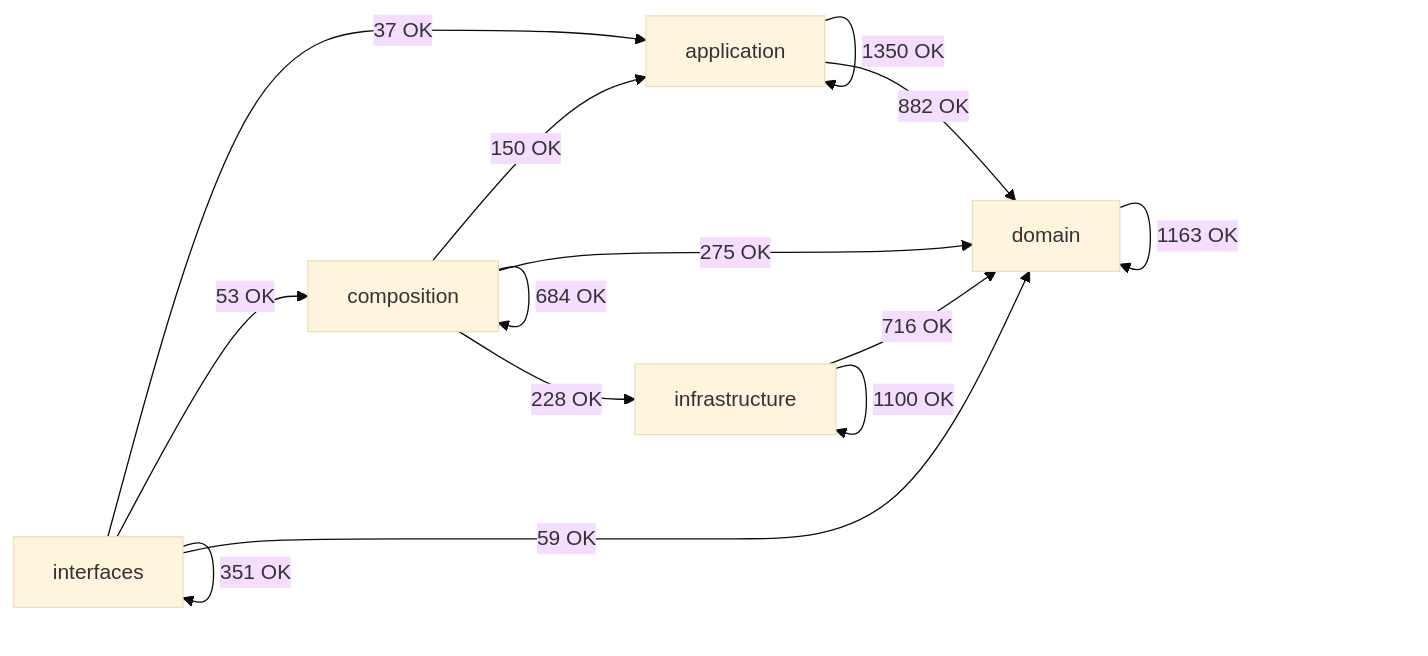
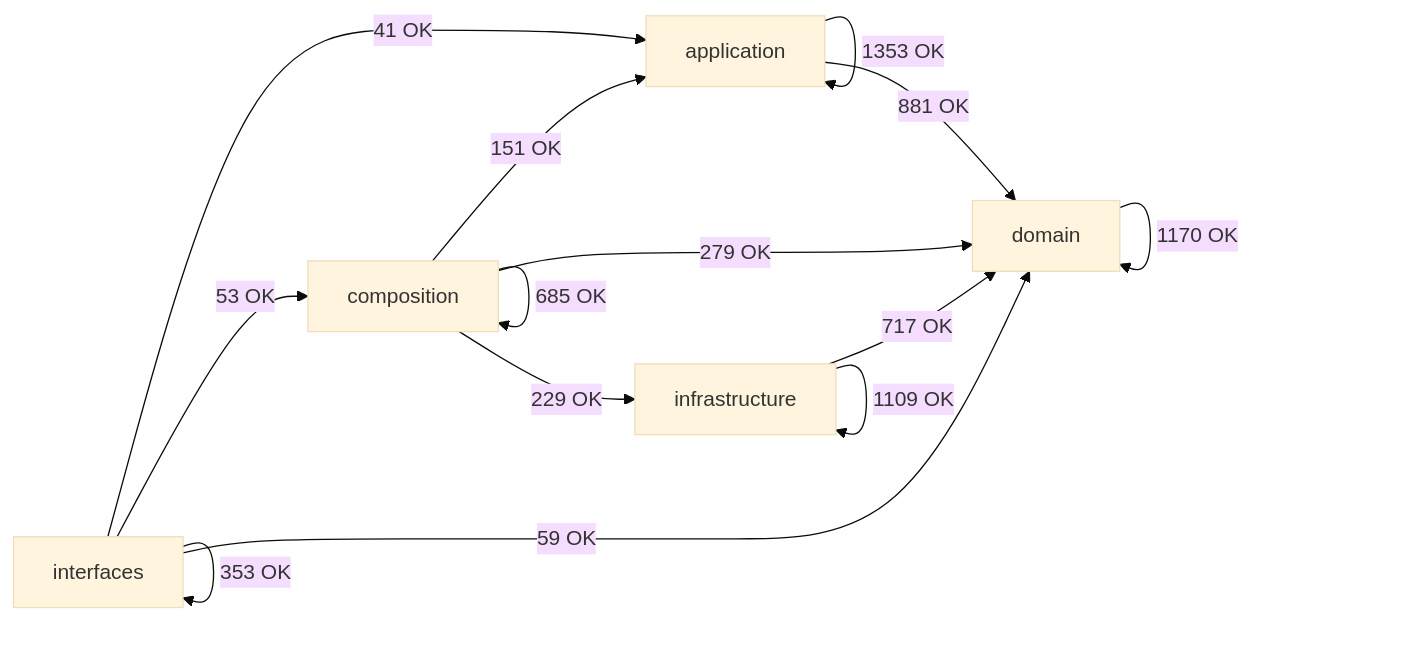
Before and after one commit to SatoryKono/BioactivityDataAcquisition: the diagram in docs/02-architecture/generated/module-dependency-map.md, drawn with Mermaid (base theme). The commit also changed other lines of this file and 45 other files, not shown here.

````diff
--- a/docs/02-architecture/generated/module-dependency-map.md
+++ b/docs/02-architecture/generated/module-dependency-map.md
@@ -17,21 +17,21 @@
 ```mermaid
 flowchart LR
     domain[domain]
     application[application]
     infrastructure[infrastructure]
     composition[composition]
     interfaces[interfaces]
-    application -->|1350 OK| application
-    application -->|882 OK| domain
-    composition -->|150 OK| application
-    composition -->|684 OK| composition
-    composition -->|275 OK| domain
-    composition -->|228 OK| infrastructure
-    domain -->|1163 OK| domain
-    infrastructure -->|716 OK| domain
-    infrastructure -->|1100 OK| infrastructure
-    interfaces -->|37 OK| application
+    application -->|1353 OK| application
+    application -->|881 OK| domain
+    composition -->|151 OK| application
+    composition -->|685 OK| composition
+    composition -->|279 OK| domain
+    composition -->|229 OK| infrastructure
+    domain -->|1170 OK| domain
+    infrastructure -->|717 OK| domain
+    infrastructure -->|1109 OK| infrastructure
+    interfaces -->|41 OK| application
     interfaces -->|53 OK| composition
     interfaces -->|59 OK| domain
-    interfaces -->|351 OK| interfaces
+    interfaces -->|353 OK| interfaces
 ```
````
